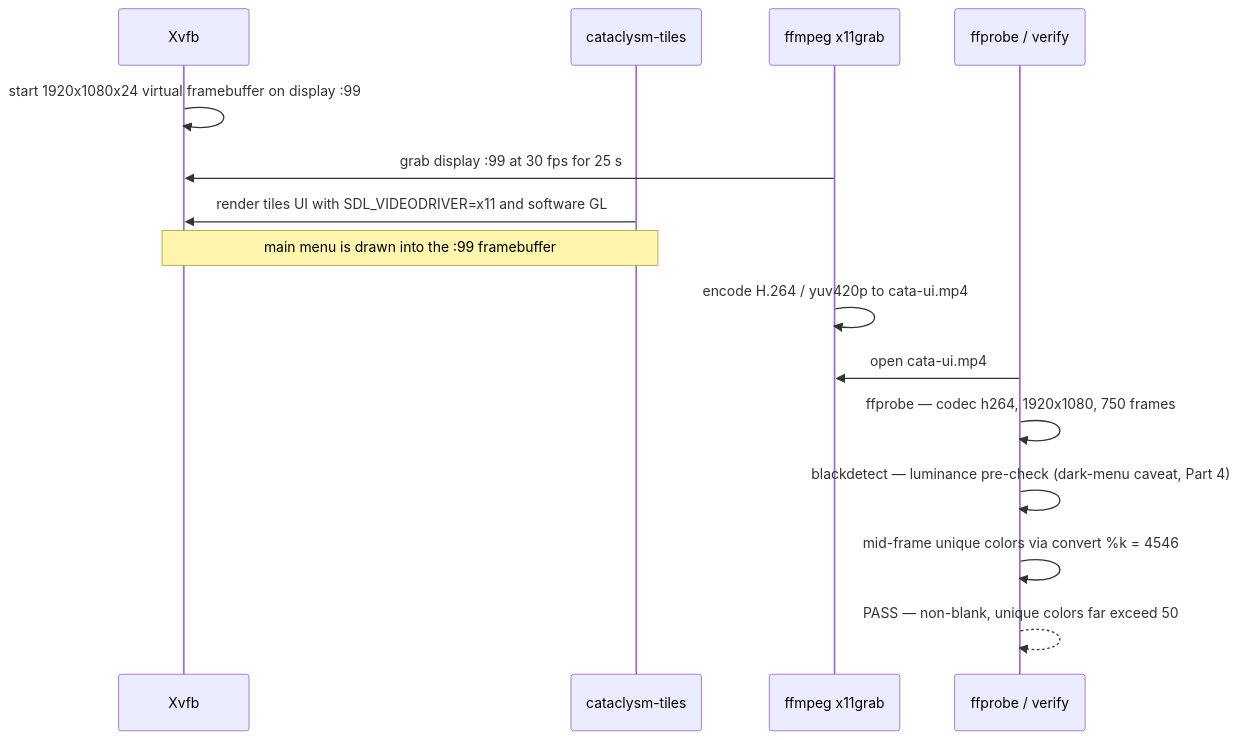
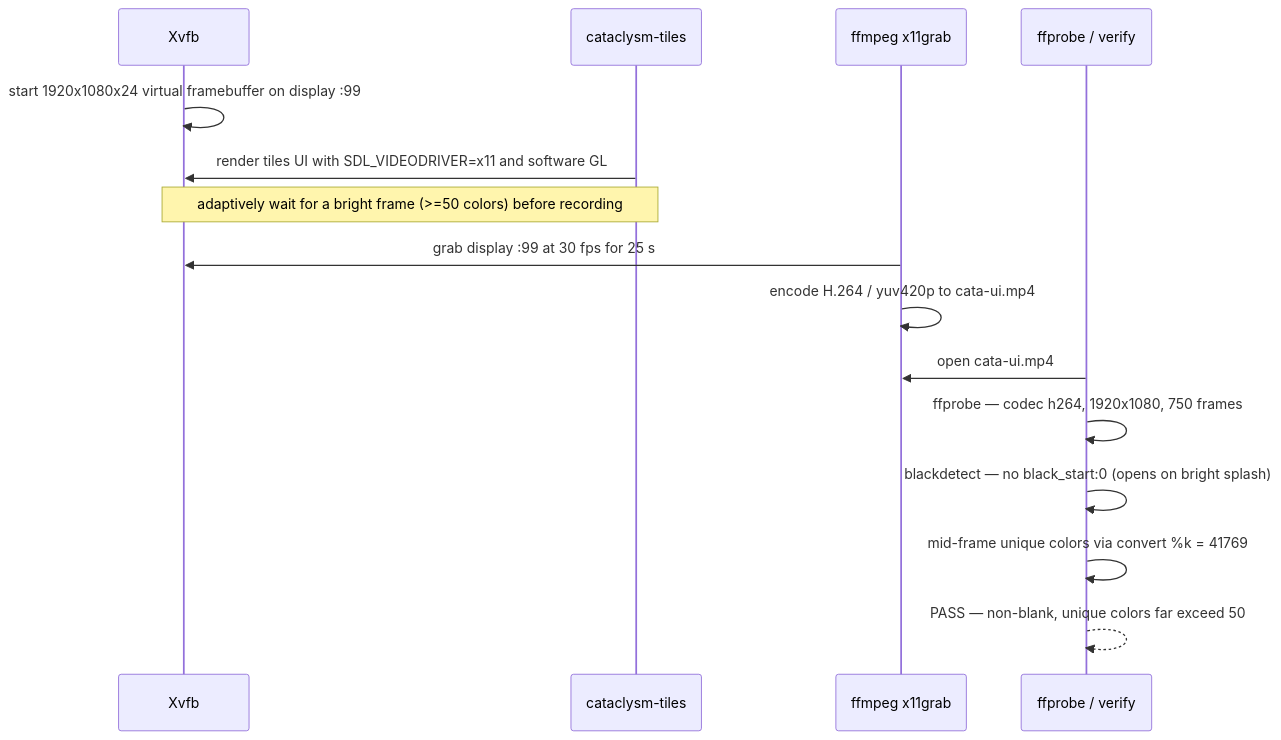
The second of 2 diagrams in blitzy/evidence/end-of-run-report.md (Blitzy-Sandbox/Cataclysm-DDA), drawn with Mermaid before and after one commit. The commit also changed other lines of this file and 16 other files, not shown here.

````diff
--- a/blitzy/evidence/end-of-run-report.md
+++ b/blitzy/evidence/end-of-run-report.md
@@ -268,17 +284,17 @@
 ```mermaid
 sequenceDiagram
     participant X as Xvfb
     participant G as cataclysm-tiles
     participant F as ffmpeg x11grab
     participant V as ffprobe / verify
     X->>X: start 1920x1080x24 virtual framebuffer on display :99
+    G->>X: render tiles UI with SDL_VIDEODRIVER=x11 and software GL
+    Note over G,X: adaptively wait for a bright frame (>=50 colors) before recording
     F->>X: grab display :99 at 30 fps for 25 s
-    G->>X: render tiles UI with SDL_VIDEODRIVER=x11 and software GL
-    Note over G,X: main menu is drawn into the :99 framebuffer
     F->>F: encode H.264 / yuv420p to cata-ui.mp4
     V->>F: open cata-ui.mp4
     V->>V: ffprobe — codec h264, 1920x1080, 750 frames
-    V->>V: blackdetect — luminance pre-check (dark-menu caveat, Part 4)
-    V->>V: mid-frame unique colors via convert %k = 4546
+    V->>V: blackdetect — no black_start:0 (opens on bright splash)
+    V->>V: mid-frame unique colors via convert %k = 41769
     V-->>V: PASS — non-blank, unique colors far exceed 50
 ```
````
